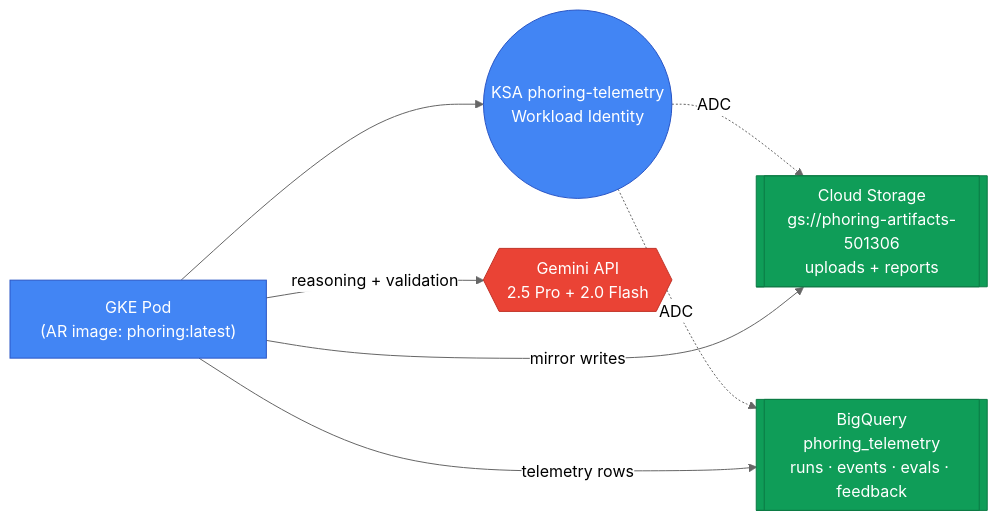
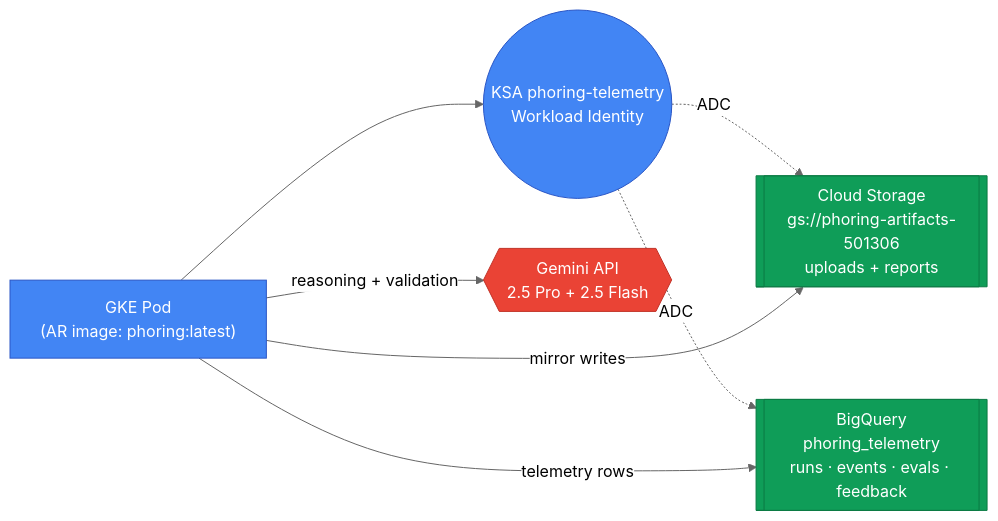
Before and after one commit to inbharatai/phoring: the first of 3 diagrams in README.md, drawn with Mermaid (neutral theme). The commit also changed other lines of this file and 5 other files, not shown here.

````diff
--- a/README.md
+++ b/README.md
@@ -104,21 +104,21 @@
 ```mermaid
 flowchart LR
     pod["GKE Pod<br/>(AR image: phoring:latest)"]
     ksa(("KSA phoring-telemetry<br/>Workload Identity"))
     gcs[["Cloud Storage<br/>gs://phoring-artifacts-501306<br/>uploads + reports"]]
     bq[["BigQuery<br/>phoring_telemetry<br/>runs · events · evals · feedback"]]
-    gemini{{"Gemini API<br/>2.5 Pro + 2.0 Flash"}}
+    gemini{{"Gemini API<br/>2.5 Pro + 2.5 Flash"}}
     pod --> ksa
     ksa -.ADC.-> gcs
     ksa -.ADC.-> bq
     pod -->|reasoning + validation| gemini
     pod -->|mirror writes| gcs
     pod -->|telemetry rows| bq
     classDef gke fill:#4285f4,stroke:#2a56c6,color:#fff
     classDef data fill:#0f9d58,stroke:#0b7a44,color:#fff
     classDef ai fill:#ea4335,stroke:#c13328,color:#fff
     class pod,gke gke
     class ksa gke
     class gcs,bq data
     class gemini ai
 ```
````
